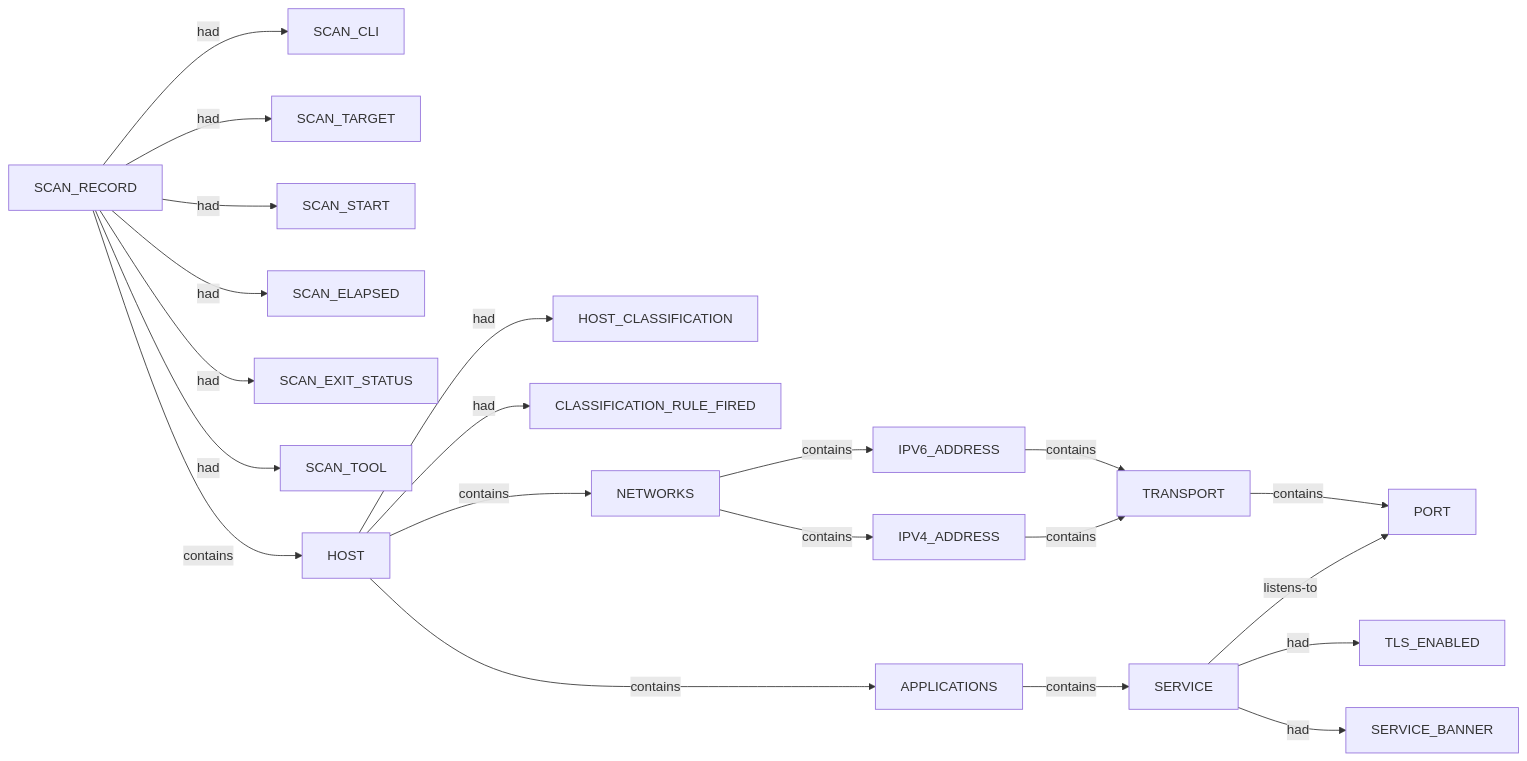
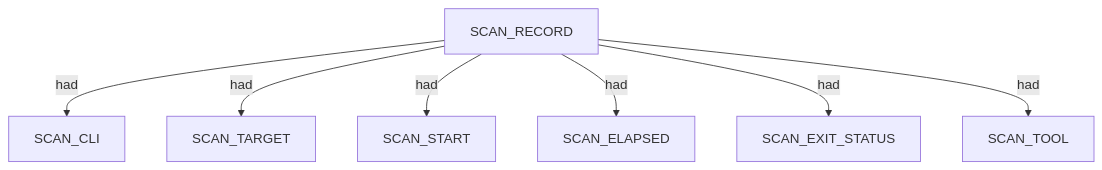
The first of 11 diagrams in .docs/docs-for-cli-tools/nugget_structure/nerva_tcp_ssh_misconfigs_json_proposed_nuggets_edges_description.md (brettforbes/spiderfeet), drawn with Mermaid before and after one commit. The commit also changed other lines of this file and 67 other files, not shown here.

````diff
--- a/.docs/docs-for-cli-tools/nugget_structure/nerva_tcp_ssh_misconfigs_json_proposed_nuggets_edges_description.md
+++ b/.docs/docs-for-cli-tools/nugget_structure/nerva_tcp_ssh_misconfigs_json_proposed_nuggets_edges_description.md
@@ -21,23 +13,16 @@
 ```mermaid
-flowchart LR
-  SCAN_RECORD -->|had| SCAN_CLI
-  SCAN_RECORD -->|had| SCAN_TARGET
-  SCAN_RECORD -->|had| SCAN_START
-  SCAN_RECORD -->|had| SCAN_ELAPSED
-  SCAN_RECORD -->|had| SCAN_EXIT_STATUS
-  SCAN_RECORD -->|had| SCAN_TOOL
-  SCAN_RECORD -->|contains| HOST
-  HOST -->|had| HOST_CLASSIFICATION
-  HOST -->|had| CLASSIFICATION_RULE_FIRED
-  HOST -->|contains| NETWORKS
-  HOST -->|contains| APPLICATIONS
-  NETWORKS -->|contains| IPV6_ADDRESS
-  APPLICATIONS -->|contains| SERVICE
-  IPV6_ADDRESS -->|contains| TRANSPORT
-  TRANSPORT -->|contains| PORT
-  SERVICE -->|listens-to| PORT
-  SERVICE -->|had| TLS_ENABLED
-  SERVICE -->|had| SERVICE_BANNER
-  NETWORKS -->|contains| IPV4_ADDRESS
-  IPV4_ADDRESS -->|contains| TRANSPORT
+flowchart TD
+  scan_record_1["SCAN_RECORD"]
+  scan_cli_2["SCAN_CLI"]
+  scan_record_1 -->|had| scan_cli_2
+  scan_target_3["SCAN_TARGET"]
+  scan_record_1 -->|had| scan_target_3
+  scan_start_4["SCAN_START"]
+  scan_record_1 -->|had| scan_start_4
+  scan_elapsed_5["SCAN_ELAPSED"]
+  scan_record_1 -->|had| scan_elapsed_5
+  scan_exit_status_6["SCAN_EXIT_STATUS"]
+  scan_record_1 -->|had| scan_exit_status_6
+  scan_tool_7["SCAN_TOOL"]
+  scan_record_1 -->|had| scan_tool_7
 ```
````
